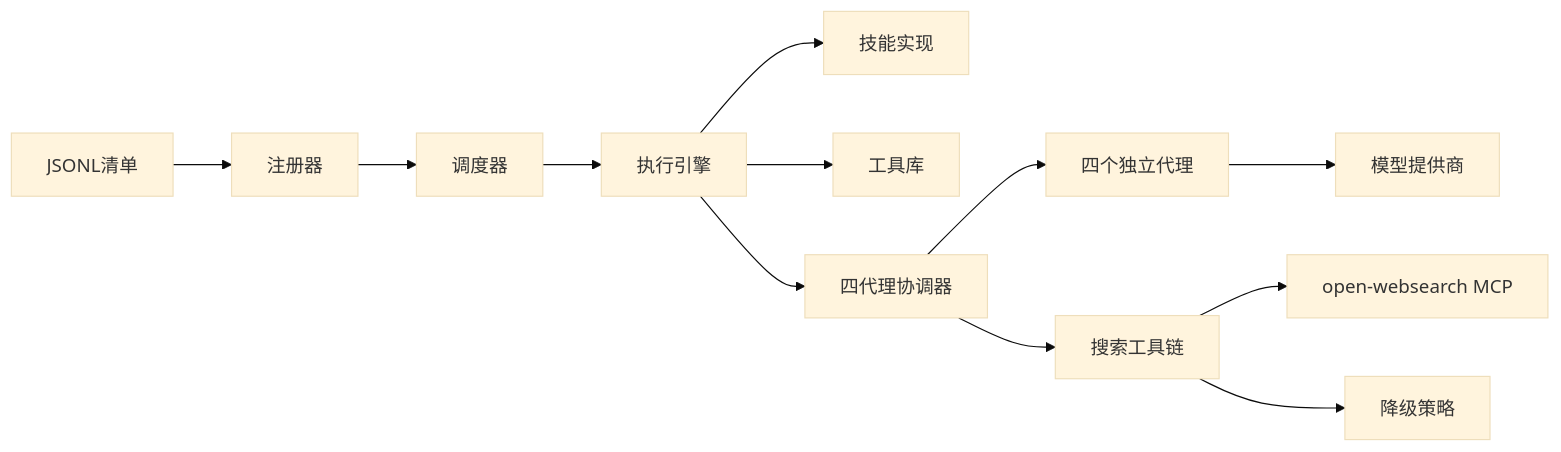
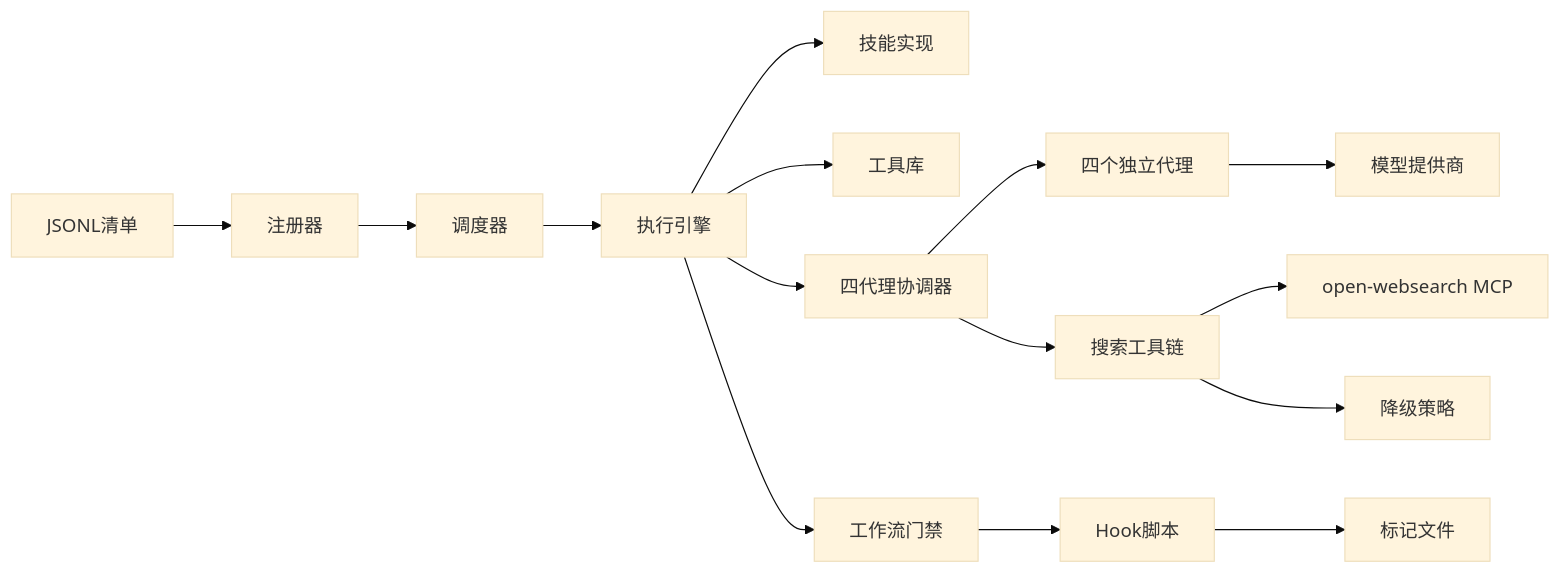
Before and after one commit to Ted-Engineer/ai-berkshire: the eighth of 8 diagrams in .qoder/repowiki/zh/content/AI技能系统/技能架构设计.md, drawn with Mermaid (base theme). The commit also changed other lines of this file and 87 other files, not shown here.

````diff
--- a/.qoder/repowiki/zh/content/AI技能系统/技能架构设计.md
+++ b/.qoder/repowiki/zh/content/AI技能系统/技能架构设计.md
@@ -427,14 +446,17 @@
 ```mermaid
 graph LR
 JSONL["JSONL清单"] --> REG["注册器"]
 REG --> DSP["调度器"]
 DSP --> EXE["执行引擎"]
 EXE --> SKILLS["技能实现"]
 EXE --> TOOLS["工具库"]
 EXE --> COORD["四代理协调器"]
 COORD --> AGENTS["四个独立代理"]
 COORD --> SEARCH["搜索工具链"]
 SEARCH --> MCP["open-websearch MCP"]
 SEARCH --> FALLBACK["降级策略"]
 AGENTS --> PROVIDER["模型提供商"]
+EXE --> GATE["工作流门禁"]
+GATE --> HOOKS["Hook脚本"]
+HOOKS --> MARKERS["标记文件"]
 ```
````
